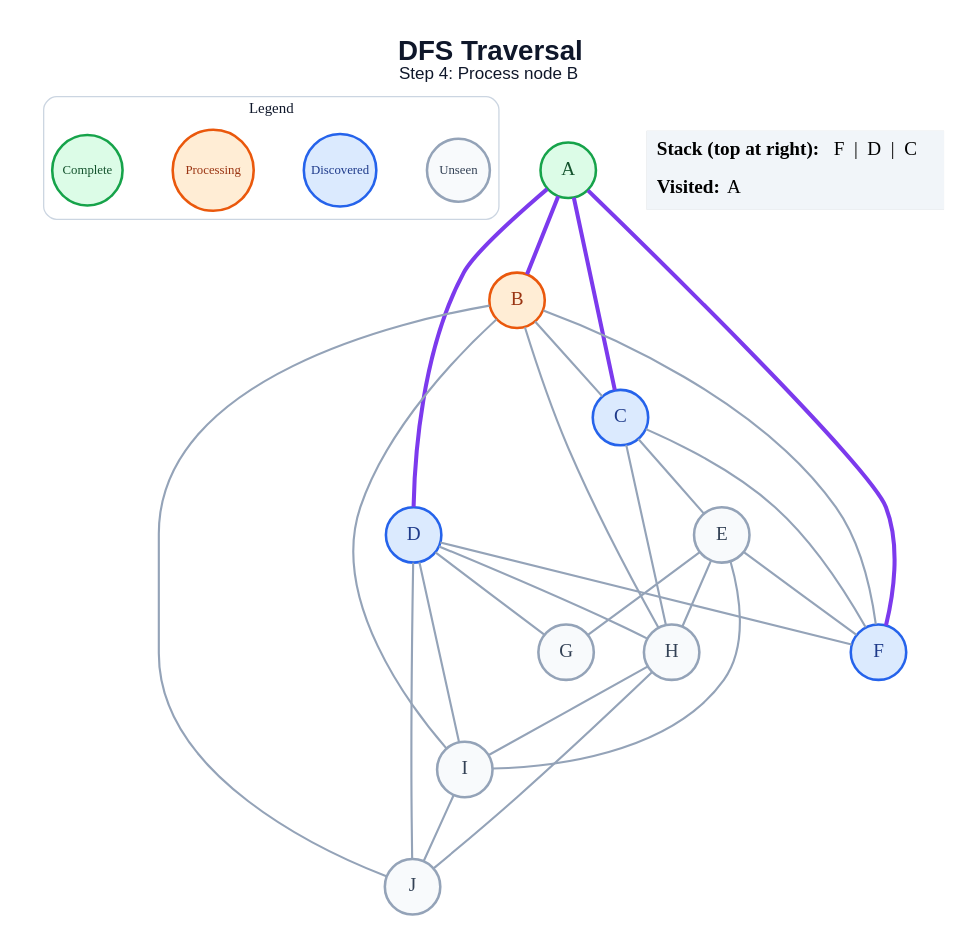
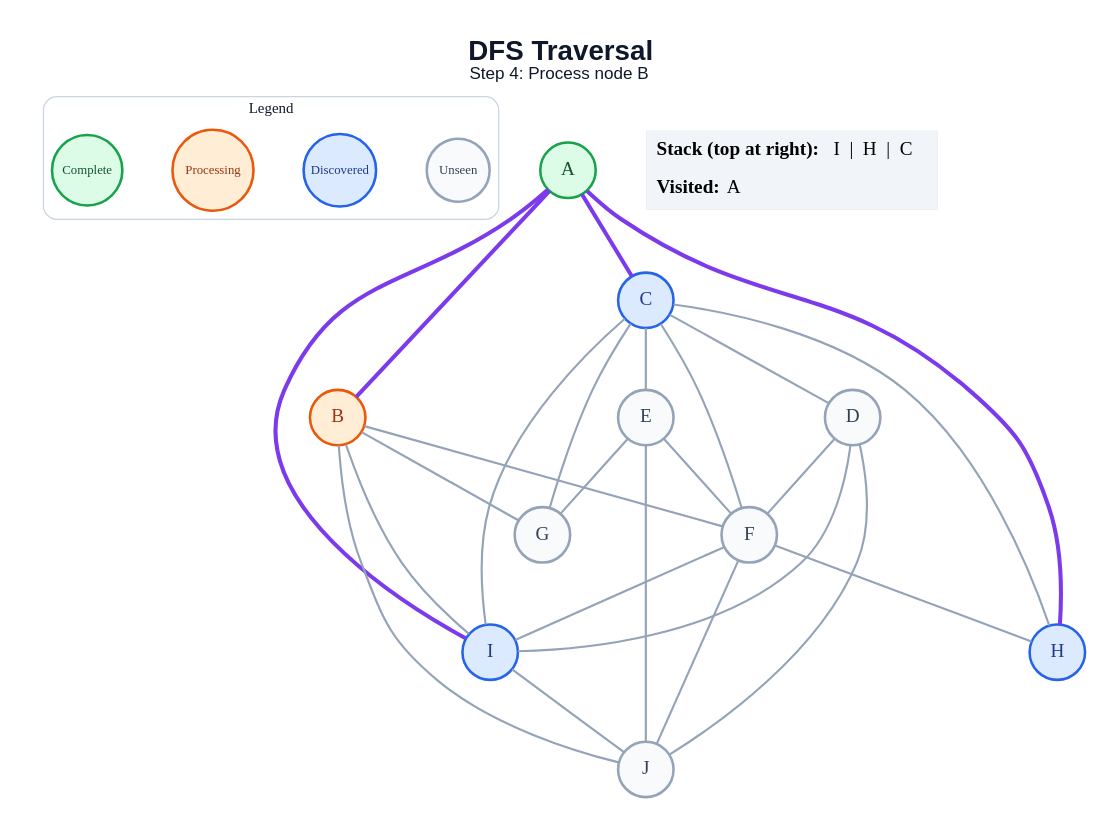
The diagram in generated/dfs/step_04.dot (amanghodawala9/ai-slop), drawn with Graphviz before and after one commit. The commit also changed 178 other files, not shown here.

```diff
--- a/generated/dfs/step_04.dot
+++ b/generated/dfs/step_04.dot
@@ -1,53 +1,53 @@
 graph traversal {
   graph [layout=dot, rankdir=TB, bgcolor="#FFFFFF", pad="0.35", nodesep="0.65", ranksep="0.8", fontname="Arial"];
   node [shape=circle, style="filled", fontname="Arial Bold", fontsize=18, width=0.72, fixedsize=true, penwidth=2.4];
   edge [color="#94A3B8", penwidth=2.0];
   label=<<B>DFS Traversal</B><BR/><FONT POINT-SIZE="16">Step 4: Process node B</FONT>>; labelloc="t"; fontsize=26; fontname="Arial"; fontcolor="#0F172A";
   subgraph cluster_legend { label="Legend"; color="#CBD5E1"; penwidth=1.2; style="rounded"; fontsize=14; fontname="Arial Bold";
     key_unseen [label="Unseen", fillcolor="#F8FAFC", color="#94A3B8", fontcolor="#334155", fontsize=12, width=0.82];
     key_frontier [label="Discovered", fillcolor="#DBEAFE", color="#2563EB", fontcolor="#1E3A8A", fontsize=12, width=0.95];
     key_current [label="Processing", fillcolor="#FFEDD5", color="#EA580C", fontcolor="#9A3412", fontsize=12, width=1.05];
     key_done [label="Complete", fillcolor="#DCFCE7", color="#16A34A", fontcolor="#14532D", fontsize=12, width=0.92];
     { rank=same; key_unseen; key_frontier; key_current; key_done; }
   }
   A [fillcolor="#DCFCE7", color="#16A34A", fontcolor="#14532D"];
   B [fillcolor="#FFEDD5", color="#EA580C", fontcolor="#9A3412"];
   C [fillcolor="#DBEAFE", color="#2563EB", fontcolor="#1E3A8A"];
-  D [fillcolor="#DBEAFE", color="#2563EB", fontcolor="#1E3A8A"];
+  D [fillcolor="#F8FAFC", color="#94A3B8", fontcolor="#334155"];
   E [fillcolor="#F8FAFC", color="#94A3B8", fontcolor="#334155"];
-  F [fillcolor="#DBEAFE", color="#2563EB", fontcolor="#1E3A8A"];
+  F [fillcolor="#F8FAFC", color="#94A3B8", fontcolor="#334155"];
   G [fillcolor="#F8FAFC", color="#94A3B8", fontcolor="#334155"];
-  H [fillcolor="#F8FAFC", color="#94A3B8", fontcolor="#334155"];
-  I [fillcolor="#F8FAFC", color="#94A3B8", fontcolor="#334155"];
+  H [fillcolor="#DBEAFE", color="#2563EB", fontcolor="#1E3A8A"];
+  I [fillcolor="#DBEAFE", color="#2563EB", fontcolor="#1E3A8A"];
   J [fillcolor="#F8FAFC", color="#94A3B8", fontcolor="#334155"];
   A -- B [color="#7C3AED", penwidth=3.8];
   A -- C [color="#7C3AED", penwidth=3.8];
-  A -- D [color="#7C3AED", penwidth=3.8];
-  A -- F [color="#7C3AED", penwidth=3.8];
-  B -- C;
+  A -- H [color="#7C3AED", penwidth=3.8];
+  A -- I [color="#7C3AED", penwidth=3.8];
   B -- F;
-  B -- H;
+  B -- G;
   B -- I;
   B -- J;
+  C -- D;
   C -- E;
   C -- F;
+  C -- G;
   C -- H;
+  C -- I;
   D -- F;
-  D -- G;
-  D -- H;
   D -- I;
   D -- J;
   E -- F;
   E -- G;
-  E -- H;
-  E -- I;
-  H -- I;
-  H -- J;
+  E -- J;
+  F -- H;
+  F -- I;
+  F -- J;
   I -- J;
   status [shape=plain, fixedsize=false, width=0, height=0, margin=0, label=<
     <TABLE BORDER="0" CELLBORDER="0" CELLPADDING="7" BGCOLOR="#F1F5F9">
-      <TR><TD ALIGN="LEFT"><B>Stack (top at right):</B> F  |  D  |  C</TD></TR>
+      <TR><TD ALIGN="LEFT"><B>Stack (top at right):</B> I  |  H  |  C</TD></TR>
       <TR><TD ALIGN="LEFT"><B>Visited:</B> A</TD></TR>
     </TABLE>
   >];
 }
```
